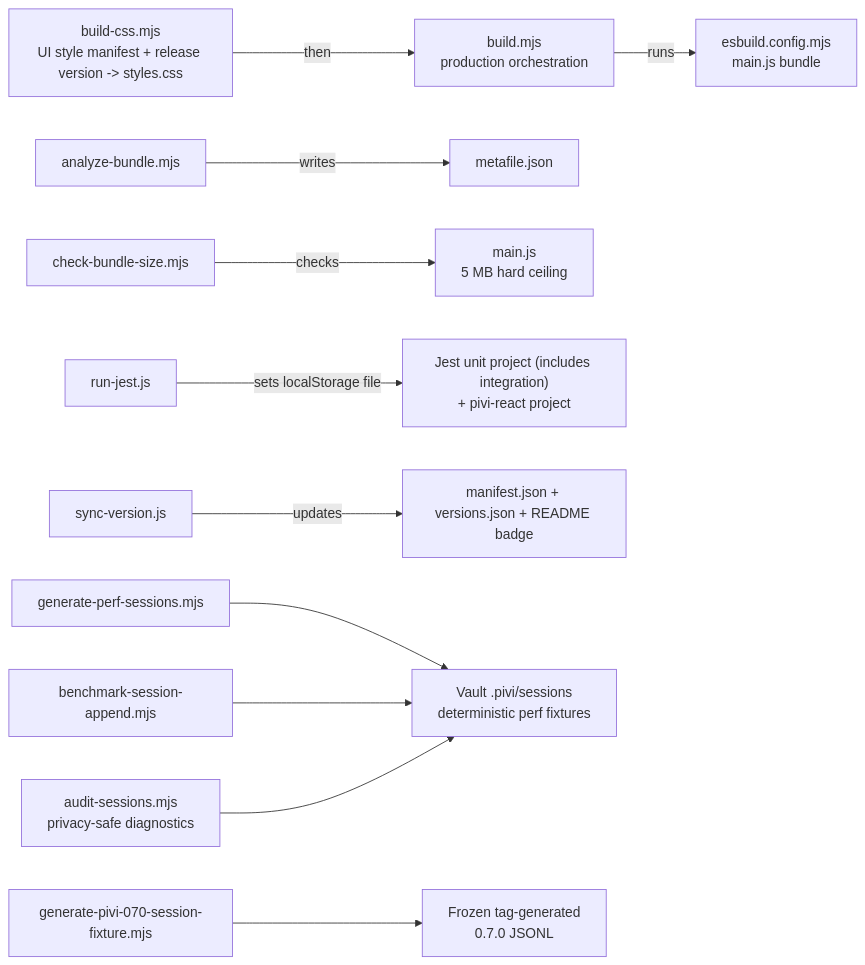
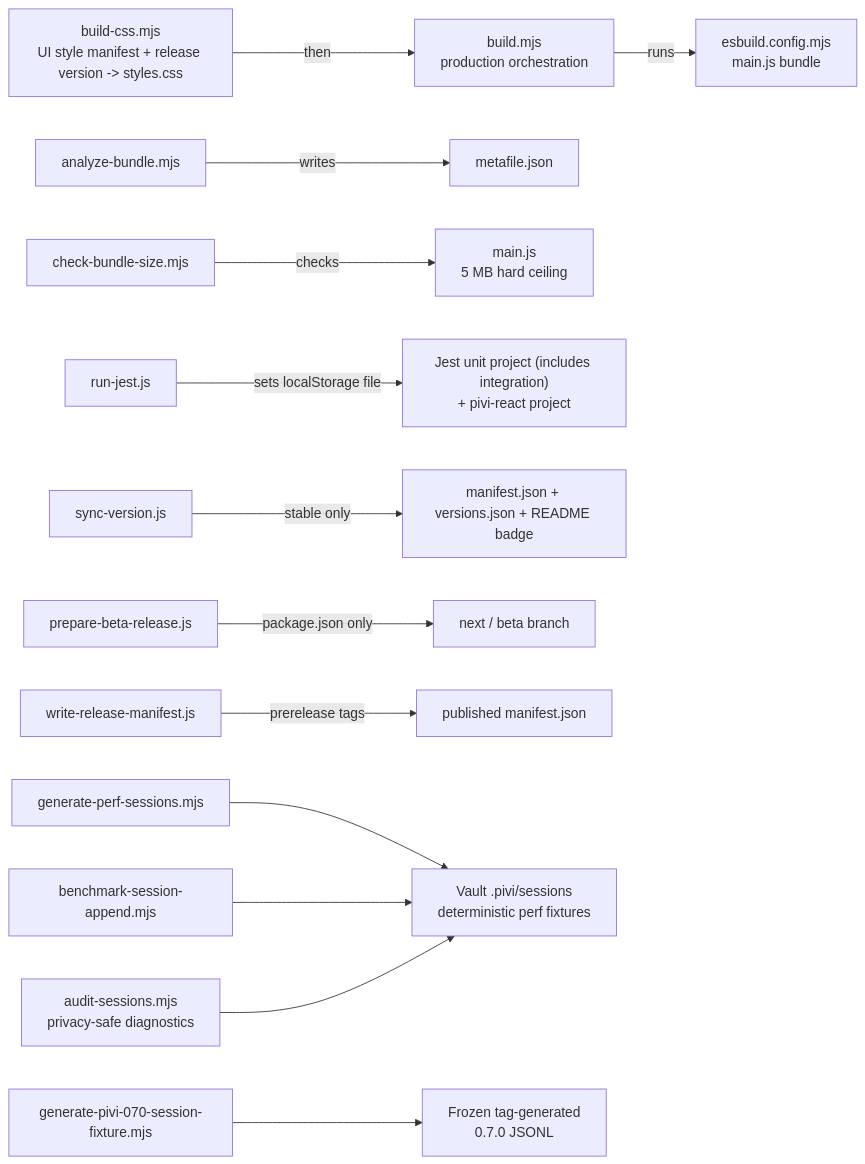
Before and after one commit to shuuul/obsidian-pivi: the diagram in scripts/AGENTS.md, drawn with Mermaid. The commit also changed other lines of this file and 13 other files, not shown here.

First line of the commit message:
feat(release): add BRAT beta pre-release workflow

````diff
--- a/scripts/AGENTS.md
+++ b/scripts/AGENTS.md
@@ -9,13 +9,15 @@
 ```mermaid
 flowchart LR
   CSS["build-css.mjs<br/>UI style manifest + release version -> styles.css"] -- "then" --> Build["build.mjs<br/>production orchestration"]
   Build -- "runs" --> Esbuild["esbuild.config.mjs<br/>main.js bundle"]
   Analyze["analyze-bundle.mjs"] -- "writes" --> Meta["metafile.json"]
   BundleSize["check-bundle-size.mjs"] -- "checks" --> Bundle["main.js<br/>5 MB hard ceiling"]
   Jest["run-jest.js"] -- "sets localStorage file" --> Tests["Jest unit project (includes integration)<br/>+ pivi-react project"]
-  Version["sync-version.js"] -- "updates" --> Manifest["manifest.json + versions.json + README badge"]
+  Version["sync-version.js"] -- "stable only" --> Manifest["manifest.json + versions.json + README badge"]
+  BetaVersion["prepare-beta-release.js"] -- "package.json only" --> NextBranch["next / beta branch"]
+  ReleaseManifest["write-release-manifest.js"] -- "prerelease tags" --> ReleaseAsset["published manifest.json"]
   Fixtures["generate-perf-sessions.mjs"] --> Sessions["Vault .pivi/sessions<br/>deterministic perf fixtures"]
   Provenance["generate-pivi-070-session-fixture.mjs"] --> Frozen["Frozen tag-generated<br/>0.7.0 JSONL"]
   AppendBench["benchmark-session-append.mjs"] --> Sessions
   Audit["audit-sessions.mjs<br/>privacy-safe diagnostics"] --> Sessions
 ```
````
